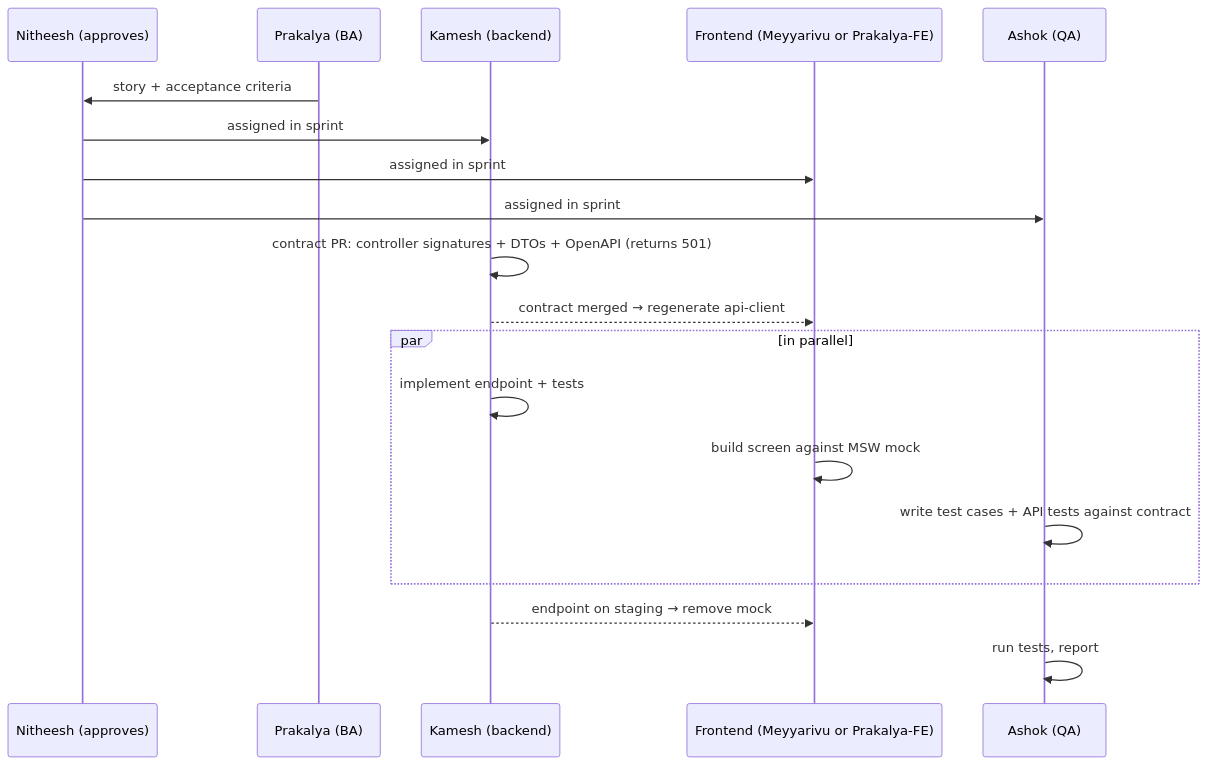
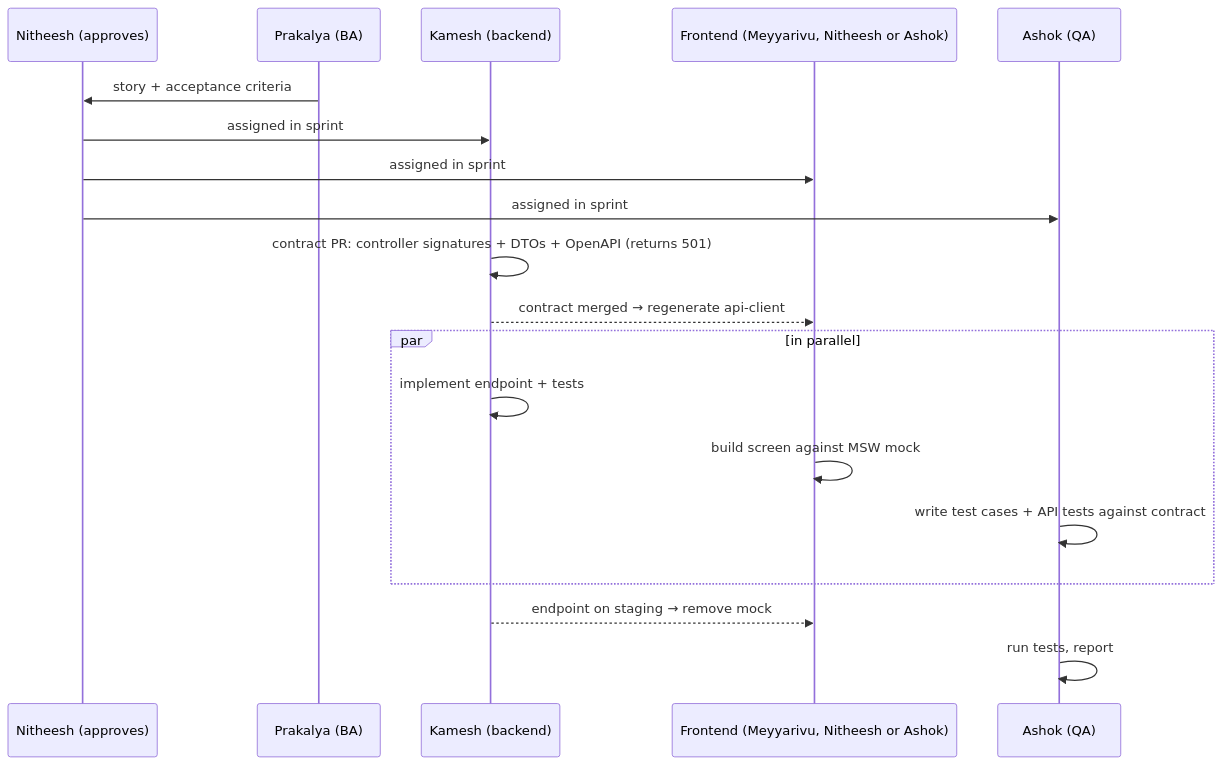
Before and after one commit to Setups-Works/medical-erp: the diagram in docs/team/CONFLICT_FREE_COLLABORATION.md, drawn with Mermaid. The commit also changed other lines of this file and 41 other files, not shown here.

````diff
--- a/docs/team/CONFLICT_FREE_COLLABORATION.md
+++ b/docs/team/CONFLICT_FREE_COLLABORATION.md
@@ -18,21 +18,21 @@
 ```mermaid
 sequenceDiagram
     participant N as Nitheesh (approves)
     participant P as Prakalya (BA)
     participant K as Kamesh (backend)
-    participant F as Frontend (Meyyarivu or Prakalya-FE)
+    participant F as Frontend (Meyyarivu, Nitheesh or Ashok)
     participant A as Ashok (QA)
     P->>N: story + acceptance criteria
     N->>K: assigned in sprint
     N->>F: assigned in sprint
     N->>A: assigned in sprint
     K->>K: contract PR: controller signatures + DTOs + OpenAPI (returns 501)
     K-->>F: contract merged → regenerate api-client
     par in parallel
         K->>K: implement endpoint + tests
         F->>F: build screen against MSW mock
         A->>A: write test cases + API tests against contract
     end
     K-->>F: endpoint on staging → remove mock
     A->>A: run tests, report
 ```
````
